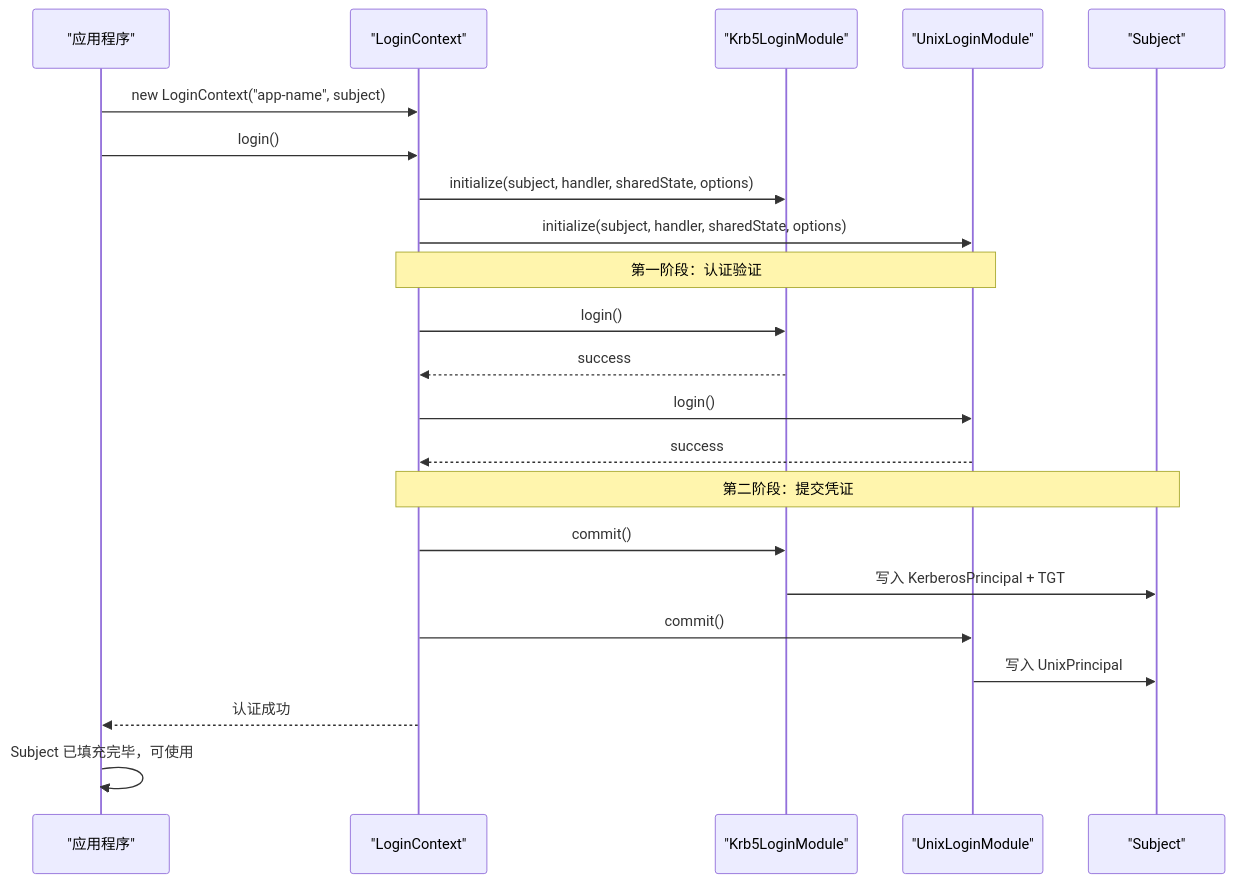
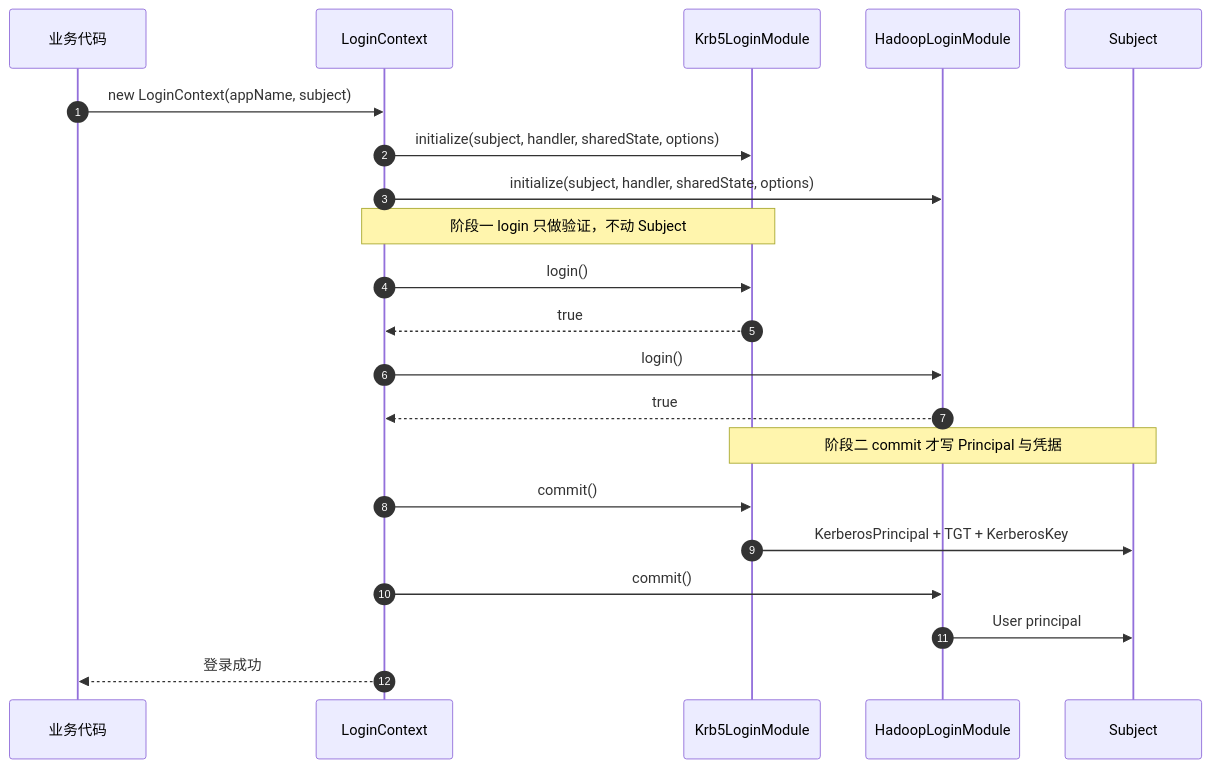
The second of 6 diagrams in content/大数据/安全与认证/01 Java 安全基石：UserGroupInformation 与 Subject 深度解析.md (hpliStartAgain/my-brain), drawn with Mermaid before and after one commit. The commit also changed other lines of this file and 455 other files, not shown here.

````diff
--- a/content/大数据/安全与认证/01 Java 安全基石：UserGroupInformation 与 Subject 深度解析.md
+++ b/content/大数据/安全与认证/01 Java 安全基石：UserGroupInformation 与 Subject 深度解析.md
@@ -153,29 +111,24 @@
 ```mermaid
 %%{init: {'theme': 'dracula'}}%%
 sequenceDiagram
-    participant App as "应用程序"
-    participant LC as "LoginContext"
-    participant LM1 as "Krb5LoginModule"
-    participant LM2 as "UnixLoginModule"
-    participant S as "Subject"
-
-    App->>LC: new LoginContext("app-name", subject)
-    App->>LC: login()
-    LC->>LM1: initialize(subject, handler, sharedState, options)
-    LC->>LM2: initialize(subject, handler, sharedState, options)
-    
-    Note over LC,LM2: 第一阶段：认证验证
-    LC->>LM1: login()
-    LM1-->>LC: success
-    LC->>LM2: login()
-    LM2-->>LC: success
-    
-    Note over LC,S: 第二阶段：提交凭证
-    LC->>LM1: commit()
-    LM1->>S: 写入 KerberosPrincipal + TGT
-    LC->>LM2: commit()
-    LM2->>S: 写入 UnixPrincipal
-    
-    LC-->>App: 认证成功
-    App->>App: Subject 已填充完毕，可使用
+    autonumber
+    participant App as 业务代码
+    participant LC as LoginContext
+    participant KM as Krb5LoginModule
+    participant HM as HadoopLoginModule
+    participant S as Subject
+    App->>LC: new LoginContext(appName, subject)
+    LC->>KM: initialize(subject, handler, sharedState, options)
+    LC->>HM: initialize(subject, handler, sharedState, options)
+    Note over LC,KM: 阶段一 login 只做验证，不动 Subject
+    LC->>KM: login()
+    KM-->>LC: true
+    LC->>HM: login()
+    HM-->>LC: true
+    Note over KM,S: 阶段二 commit 才写 Principal 与凭据
+    LC->>KM: commit()
+    KM->>S: KerberosPrincipal + TGT + KerberosKey
+    LC->>HM: commit()
+    HM->>S: User principal
+    LC-->>App: 登录成功
 ```
````
